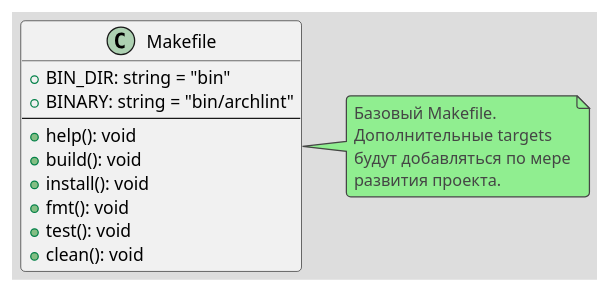
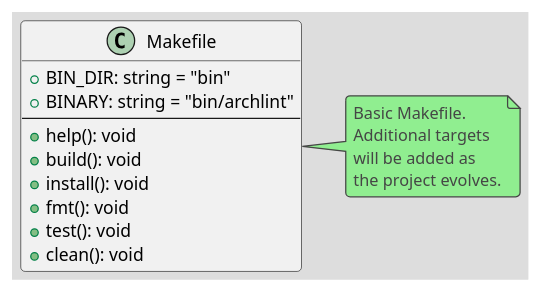
The diagram in specs/todo/0002-makefile.md (mshogin/archlint-reproduction), drawn with PlantUML before and after one commit. The commit also changed other lines of this file and 14 other files, not shown here.

````diff
--- a/specs/todo/0002-makefile.md
+++ b/specs/todo/0002-makefile.md
@@ -32,25 +32,25 @@
 ```plantuml
 @startuml spec-0002-model
 !theme toy
 
 class Makefile {
   +BIN_DIR: string = "bin"
   +BINARY: string = "bin/archlint"
   --
   +help(): void
   +build(): void
   +install(): void
   +fmt(): void
   +test(): void
   +clean(): void
 }
 
 note right of Makefile
-  Базовый Makefile.
-  Дополнительные targets
-  будут добавляться по мере
-  развития проекта.
+  Basic Makefile.
+  Additional targets
+  will be added as
+  the project evolves.
 end note
 
 @enduml
 ```
````
